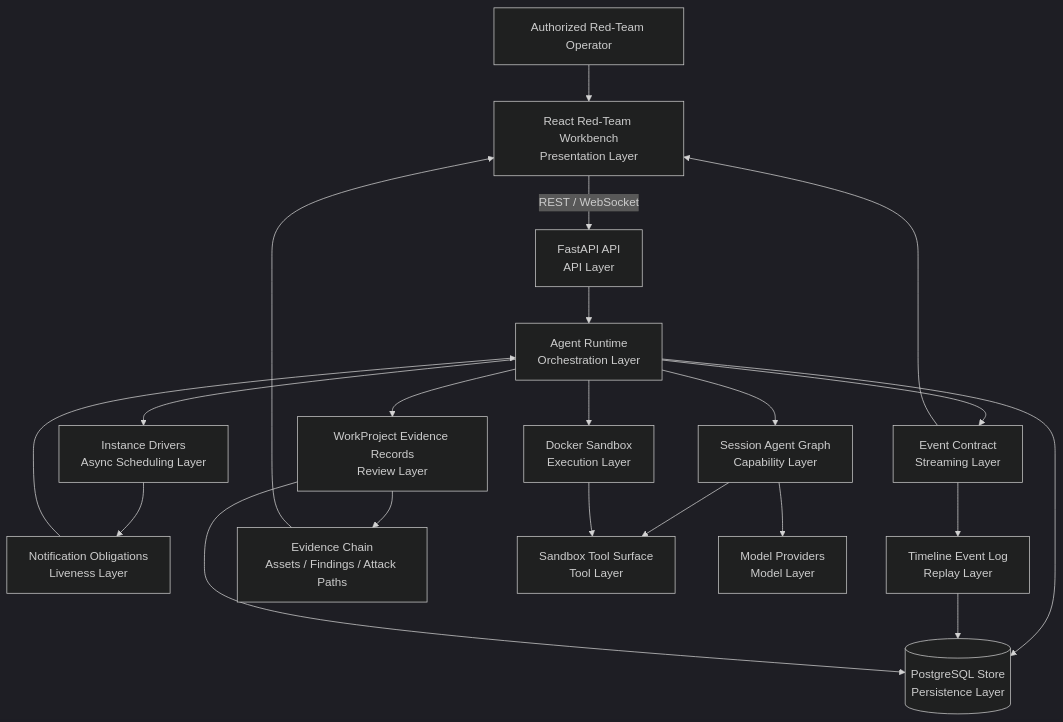
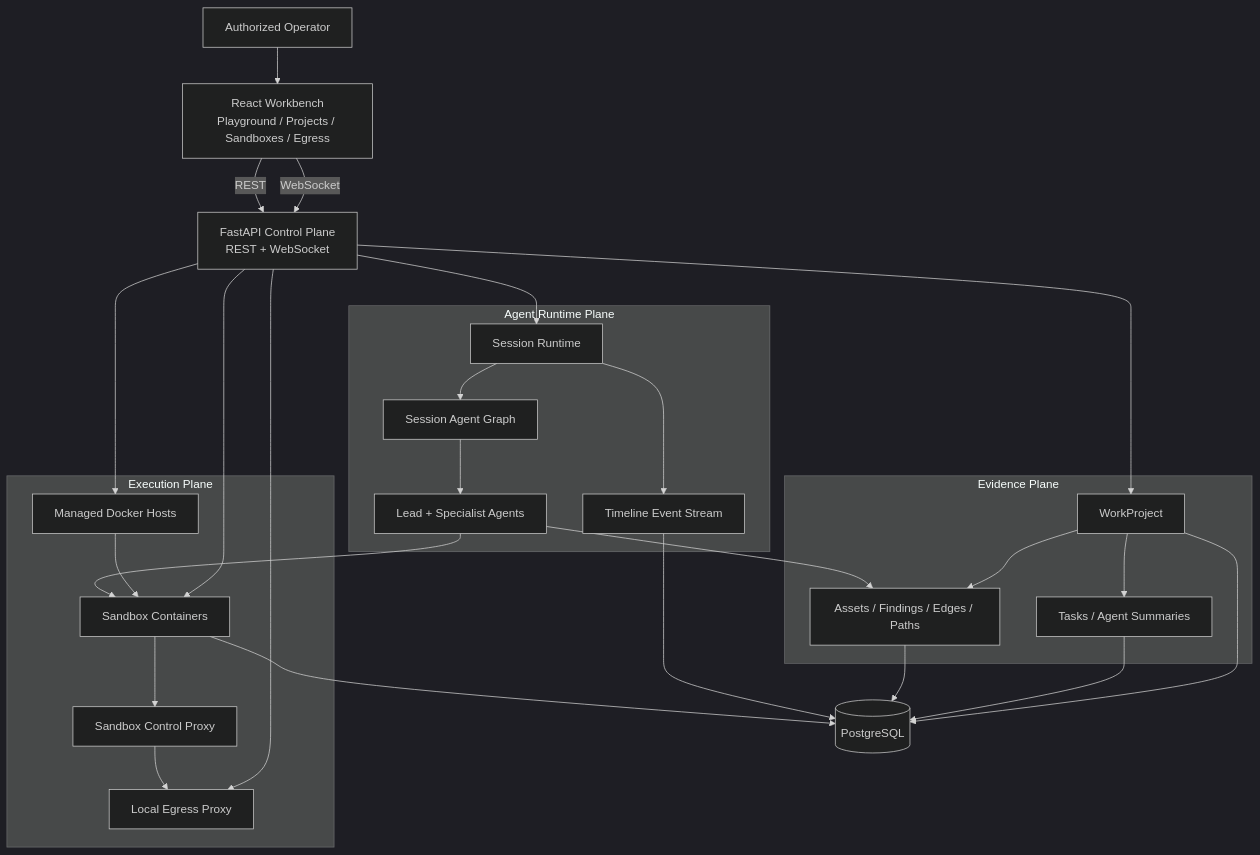
One commit to MolTau9527/Z3r0 changed the first of 4 diagrams in README.md. Above: the diagram before and after it, drawn with Mermaid (dark theme). The commit also changed other lines of this file and 38 other files, not shown here.

````diff
--- a/README.md
+++ b/README.md
@@ -43,39 +41,48 @@
 ```mermaid
 flowchart TB
-  Operator["Authorized Red-Team Operator"]
-  Workbench["React Red-Team Workbench<br/>Presentation Layer"]
-  API["FastAPI API<br/>API Layer"]
-  Runtime["Agent Runtime<br/>Orchestration Layer"]
-  Drivers["Instance Drivers<br/>Async Scheduling Layer"]
-  Notifications["Notification Obligations<br/>Liveness Layer"]
-  Graph["Session Agent Graph<br/>Capability Layer"]
-  Timeline["Timeline Event Log<br/>Replay Layer"]
-  Record["WorkProject Evidence Records<br/>Review Layer"]
-  Evidence["Evidence Chain<br/>Assets / Findings / Attack Paths"]
-  Sandbox["Docker Sandbox<br/>Execution Layer"]
-  Tools["Sandbox Tool Surface<br/>Tool Layer"]
-  Models["Model Providers<br/>Model Layer"]
-  Events["Event Contract<br/>Streaming Layer"]
-  Store[("PostgreSQL Store<br/>Persistence Layer")]
+  Operator["Authorized Operator"]
+  Workbench["React Workbench<br/>Playground / Projects / Sandboxes / Egress"]
+  API["FastAPI Control Plane<br/>REST + WebSocket"]
+
+  subgraph Runtime["Agent Runtime Plane"]
+    Session["Session Runtime"]
+    Graph["Session Agent Graph"]
+    Team["Lead + Specialist Agents"]
+    Timeline["Timeline Event Stream"]
+  end
+
+  subgraph Evidence["Evidence Plane"]
+    Project["WorkProject"]
+    Records["Assets / Findings / Edges / Paths"]
+    Tasks["Tasks / Agent Summaries"]
+  end
+
+  subgraph Execution["Execution Plane"]
+    Hosts["Managed Docker Hosts"]
+    Containers["Sandbox Containers"]
+    ControlProxy["Sandbox Control Proxy"]
+    Egress["Local Egress Proxy"]
+  end
+
+  Store[("PostgreSQL")]
 
   Operator --> Workbench
-  Workbench -->|REST / WebSocket| API
-  API --> Runtime
-  Runtime --> Drivers
-  Runtime --> Graph
-  Runtime --> Record
-  Runtime --> Sandbox
-  Runtime --> Events
-  Runtime --> Store
-  Drivers --> Notifications
-  Notifications --> Runtime
-  Events --> Timeline
+  Workbench -->|REST| API
+  Workbench -->|WebSocket| API
+  API --> Session --> Graph --> Team
+  Team --> Records
+  Team --> Containers
+  Session --> Timeline
+  Project --> Records
+  Project --> Tasks
+  Hosts --> Containers --> ControlProxy --> Egress
+  API --> Project
+  API --> Hosts
+  API --> Containers
+  API --> Egress
   Timeline --> Store
-  Graph --> Tools
-  Graph --> Models
-  Sandbox --> Tools
-  Record --> Store
-  Record --> Evidence
-  Evidence --> Workbench
-  Events --> Workbench
+  Records --> Store
+  Tasks --> Store
+  Project --> Store
+  Containers --> Store
 ```
````
